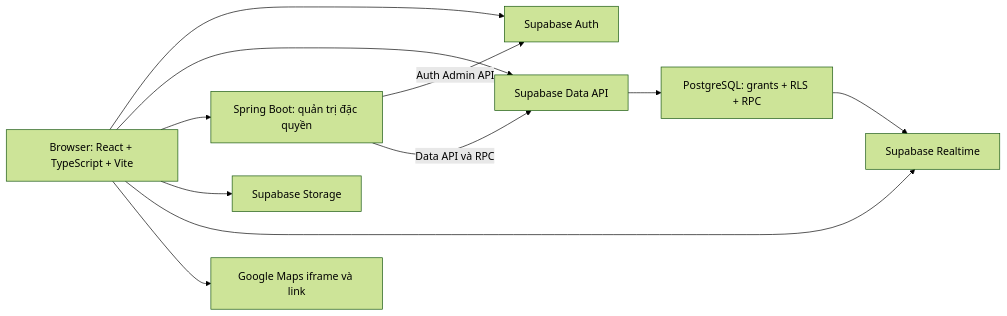
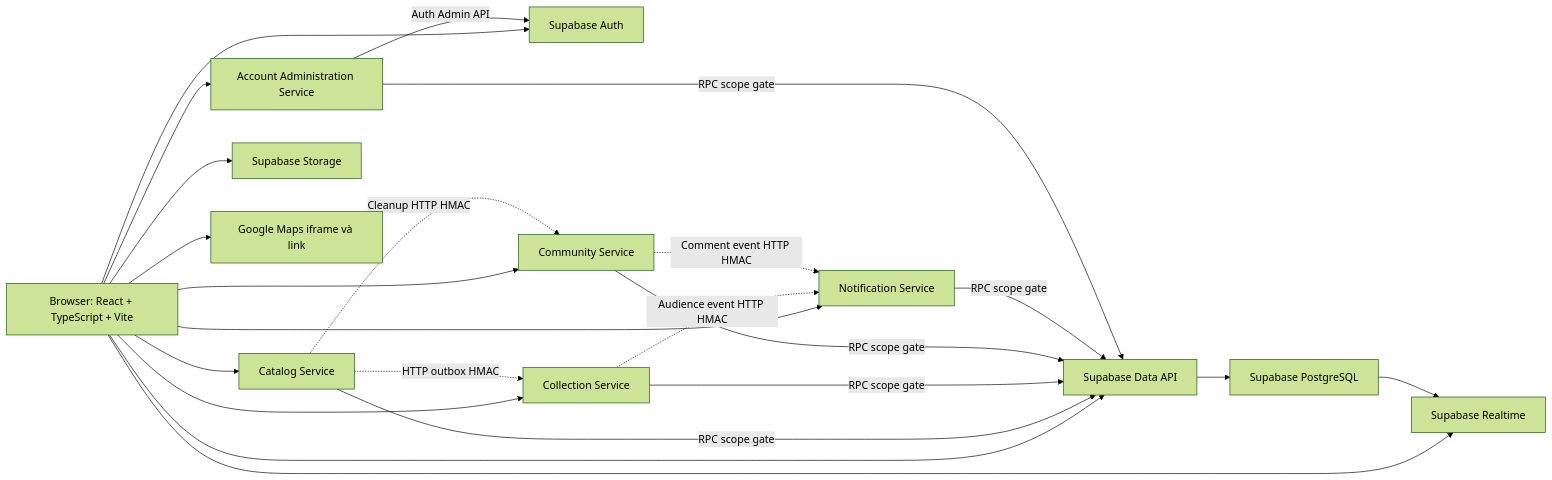
Before and after one commit to HuyTony2703/GRABMEFOOD: the diagram in docs/ARCHITECTURE.md, drawn with Mermaid (forest theme). The commit also changed other lines of this file and 13 other files, not shown here.

````diff
--- a/docs/ARCHITECTURE.md
+++ b/docs/ARCHITECTURE.md
@@ -21,21 +38,37 @@
 ```mermaid
 flowchart LR
   B[Browser: React + TypeScript + Vite]
   A[Supabase Auth]
   D[Supabase Data API]
-  P[PostgreSQL: grants + RLS + RPC]
-  S[Spring Boot: quản trị đặc quyền]
+  P[Supabase PostgreSQL]
+  C[Catalog Service]
+  L[Collection Service]
+  M[Community Service]
+  N[Notification Service]
+  U[Account Administration Service]
   T[Supabase Storage]
   R[Supabase Realtime]
   G[Google Maps iframe và link]
   B --> A
   B --> D
   D --> P
-  B --> S
-  S -->|Auth Admin API| A
-  S -->|Data API và RPC| D
+  B --> C
+  B --> L
+  B --> M
+  B --> N
+  B --> U
+  C -->|RPC scope gate| D
+  L -->|RPC scope gate| D
+  M -->|RPC scope gate| D
+  N -->|RPC scope gate| D
+  U -->|RPC scope gate| D
+  U -->|Auth Admin API| A
+  C -.->|HTTP outbox HMAC| L
+  C -.->|Cleanup HTTP HMAC| M
+  L -.->|Audience event HTTP HMAC| N
+  M -.->|Comment event HTTP HMAC| N
   B --> T
   B --> R
   P --> R
   B --> G
 ```
````
